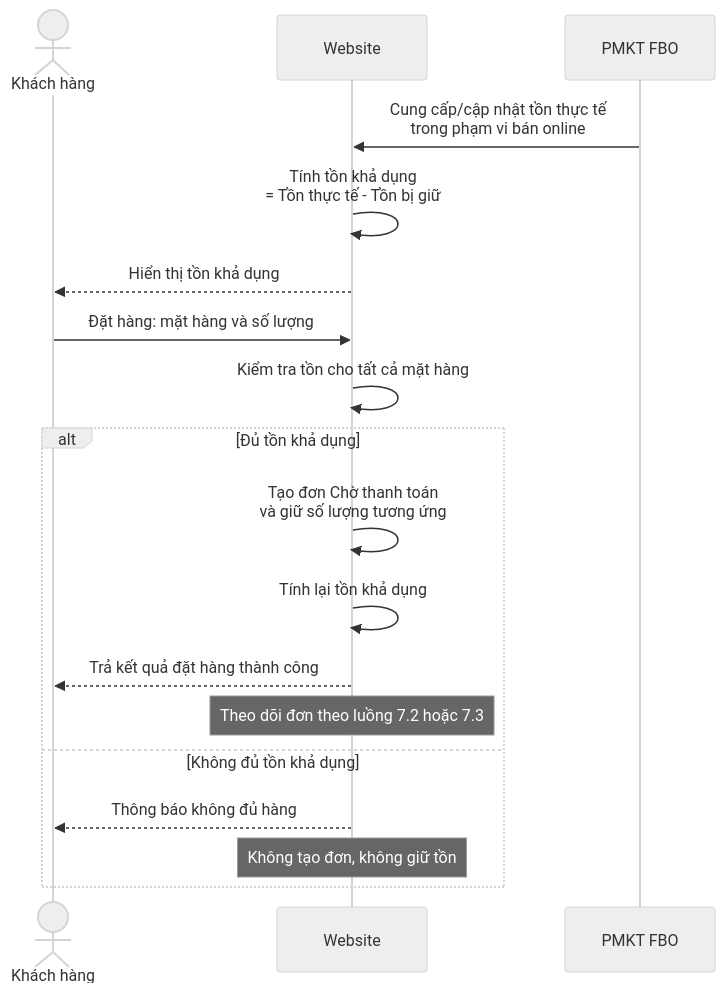
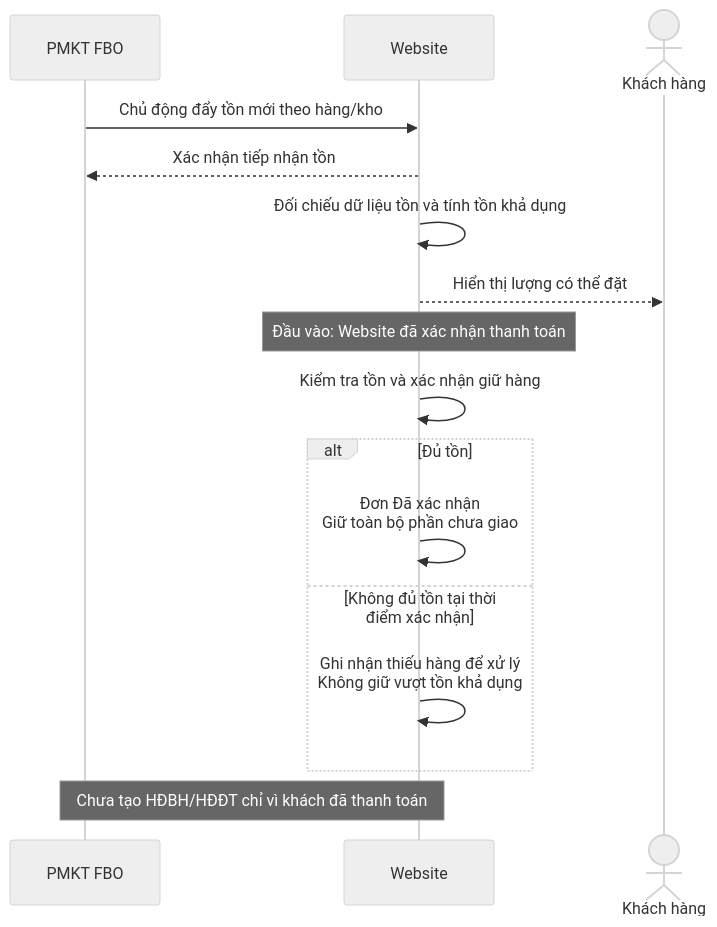
One commit to quangnh0609/PhuongThao changed the first of 4 diagrams in BRD.md. Above: the diagram before and after it, drawn with Mermaid (neutral theme). The commit also changed other lines of this file and 56 other files, not shown here.

````diff
--- a/BRD.md
+++ b/BRD.md
@@ -134,20 +130,18 @@
 ```mermaid
 sequenceDiagram
+    participant FBO as PMKT FBO
+    participant WEB as Website
     actor KH as Khách hàng
-    participant WEB as Website
-    participant FBO as PMKT FBO
-    FBO->>WEB: Cung cấp/cập nhật tồn thực tế<br/>trong phạm vi bán online
-    WEB->>WEB: Tính tồn khả dụng<br/>= Tồn thực tế - Tồn bị giữ
-    WEB-->>KH: Hiển thị tồn khả dụng
-    KH->>WEB: Đặt hàng: mặt hàng và số lượng
-    WEB->>WEB: Kiểm tra tồn cho tất cả mặt hàng
-    alt Đủ tồn khả dụng
-        WEB->>WEB: Tạo đơn Chờ thanh toán<br/>và giữ số lượng tương ứng
-        WEB->>WEB: Tính lại tồn khả dụng
-        WEB-->>KH: Trả kết quả đặt hàng thành công
-        Note over WEB: Theo dõi đơn theo luồng 7.2 hoặc 7.3
-    else Không đủ tồn khả dụng
-        WEB-->>KH: Thông báo không đủ hàng
-        Note over WEB: Không tạo đơn, không giữ tồn
+    FBO->>WEB: Chủ động đẩy tồn mới theo hàng/kho
+    WEB-->>FBO: Xác nhận tiếp nhận tồn
+    WEB->>WEB: Đối chiếu dữ liệu tồn và tính tồn khả dụng
+    WEB-->>KH: Hiển thị lượng có thể đặt
+    Note over WEB: Đầu vào: Website đã xác nhận thanh toán
+    WEB->>WEB: Kiểm tra tồn và xác nhận giữ hàng
+    alt Đủ tồn
+        WEB->>WEB: Đơn Đã xác nhận<br/>Giữ toàn bộ phần chưa giao
+    else Không đủ tồn tại thời điểm xác nhận
+        WEB->>WEB: Ghi nhận thiếu hàng để xử lý<br/>Không giữ vượt tồn khả dụng
     end
+    Note over WEB,FBO: Chưa tạo HĐBH/HĐĐT chỉ vì khách đã thanh toán
 ```
````
